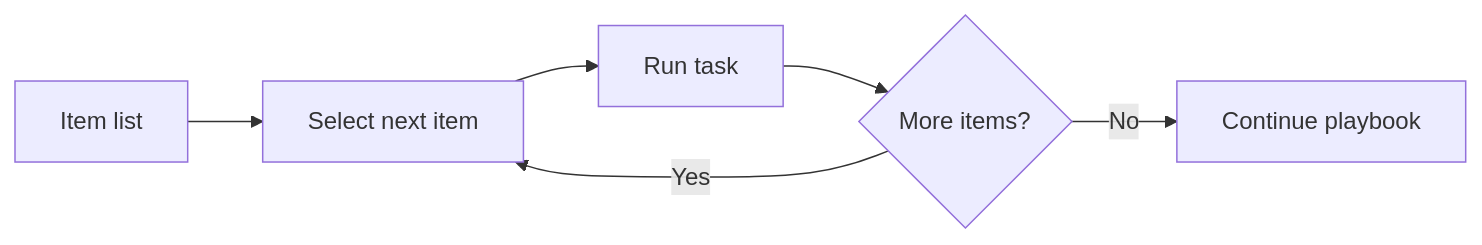
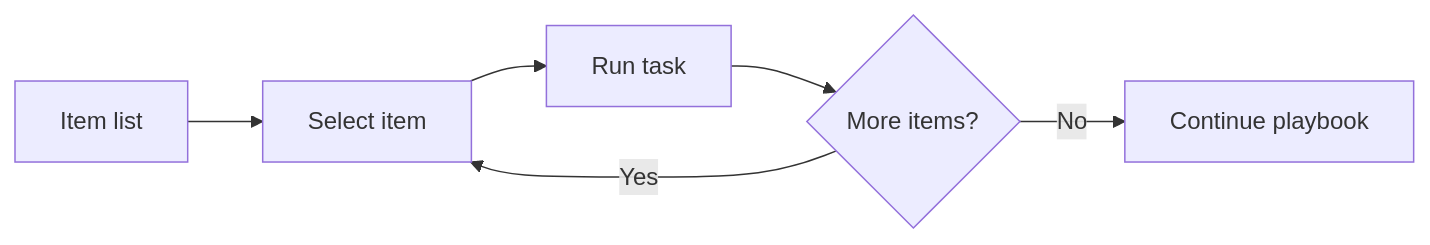
One commit to Ansible-workshop-ch/bootcamp changed the second of 4 diagrams in module05/conditions-loops-handlers-templates.md. Above: the diagram before and after it, drawn with Mermaid. The commit also changed other lines of this file, not shown here.

````diff
--- a/module05/conditions-loops-handlers-templates.md
+++ b/module05/conditions-loops-handlers-templates.md
@@ -187,8 +175,8 @@
 ```mermaid
 flowchart LR
-    A[Item list] --> B[Select next item]
+    A[Item list] --> B[Select item]
     B --> C[Run task]
     C --> D{More items?}
     D -->|Yes| B
     D -->|No| E[Continue playbook]
 ```
````
